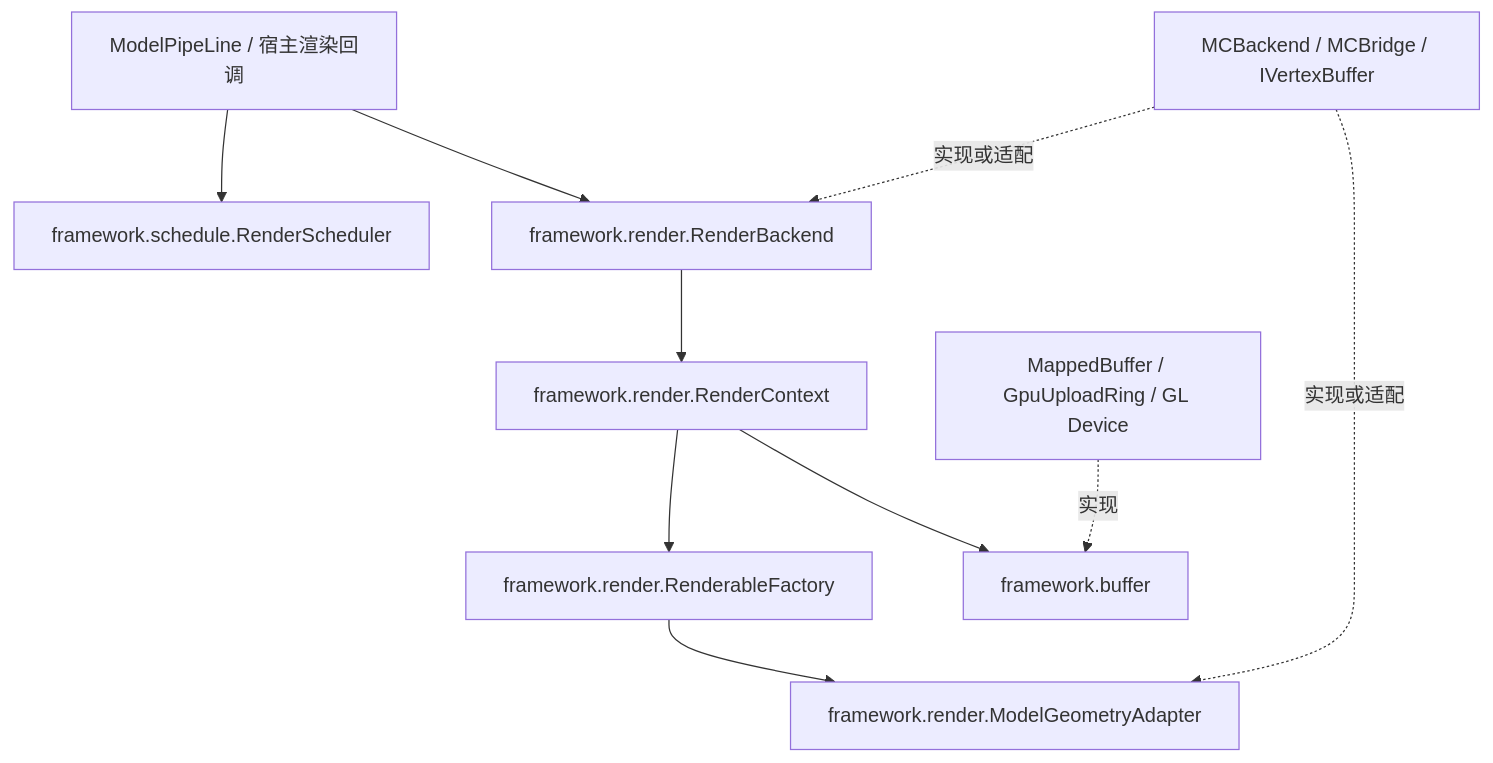
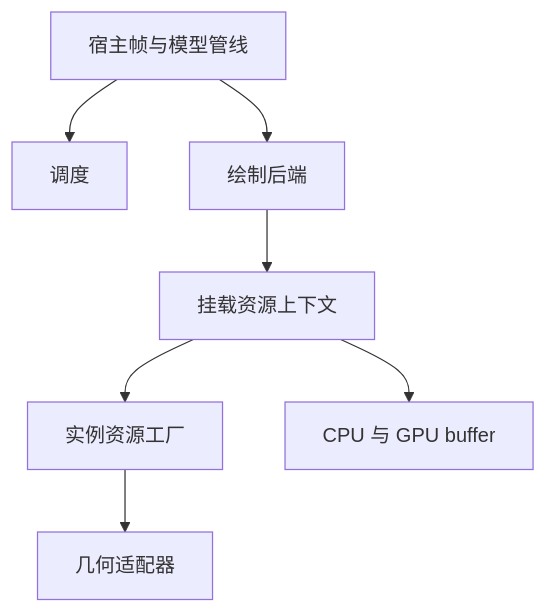
Before and after one commit to KasugaLibGroup/KasugaLibNext: the diagram in doc/uml-render-framework.md, drawn with Mermaid. The commit also changed other lines of this file and 100 other files, not shown here.

````diff
--- a/doc/uml-render-framework.md
+++ b/doc/uml-render-framework.md
@@ -10,12 +11,9 @@
 ```mermaid
 flowchart TD
-    Pipeline[ModelPipeLine / 宿主渲染回调] --> Schedule[framework.schedule.RenderScheduler]
-    Pipeline --> Backend[framework.render.RenderBackend]
-    Backend --> Context[framework.render.RenderContext]
-    Context --> Factory[framework.render.RenderableFactory]
-    Factory --> Geometry[framework.render.ModelGeometryAdapter]
-    Context --> Buffers[framework.buffer]
-    MC[MCBackend / MCBridge / IVertexBuffer] -.实现或适配.-> Backend
-    MC -.实现或适配.-> Geometry
-    GL[MappedBuffer / GpuUploadRing / GL Device] -.实现.-> Buffers
+    Host[宿主帧与模型管线] --> Scheduler[调度]
+    Host --> Backend[绘制后端]
+    Backend --> Context[挂载资源上下文]
+    Context --> Factory[实例资源工厂]
+    Factory --> Geometry[几何适配器]
+    Context --> Buffers[CPU 与 GPU buffer]
 ```
````
